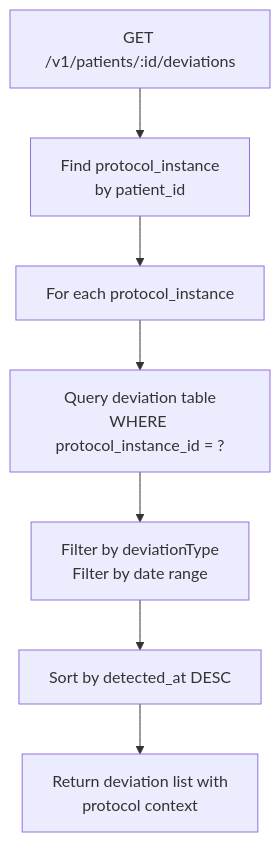
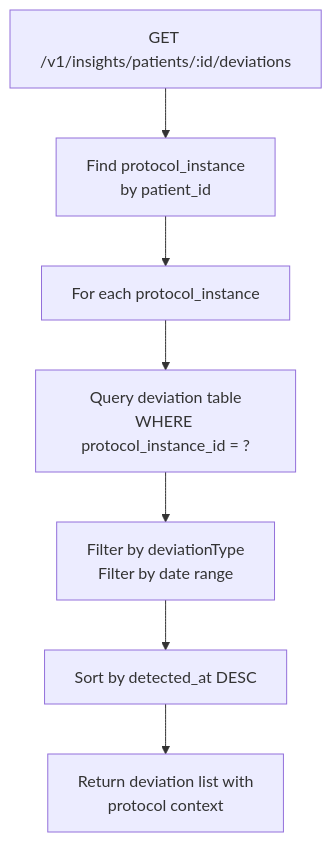
Before and after one commit to AjishaVayoli-Tarento/cce-insights-service: diagram 22 of 27 in docs/flow-diagrams.md, drawn with Mermaid. The commit also changed other lines of this file and 27 other files, not shown here.

````diff
--- a/docs/flow-diagrams.md
+++ b/docs/flow-diagrams.md
@@ -467,9 +467,9 @@
 ```mermaid
 flowchart TD
-    A[GET /v1/patients/:id/deviations] --> B[Find protocol_instance<br/>by patient_id]
+    A[GET /v1/insights/patients/:id/deviations] --> B[Find protocol_instance<br/>by patient_id]
     B --> C[For each protocol_instance]
     C --> D[Query deviation table<br/>WHERE protocol_instance_id = ?]
     D --> E[Filter by deviationType<br/>Filter by date range]
     E --> F[Sort by detected_at DESC]
     F --> G[Return deviation list with<br/>protocol context]
 ```
````
